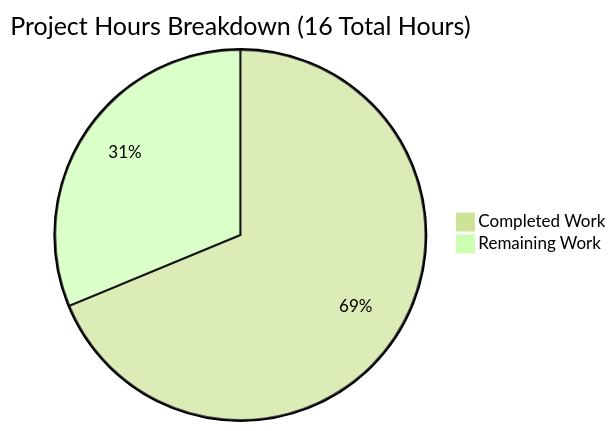
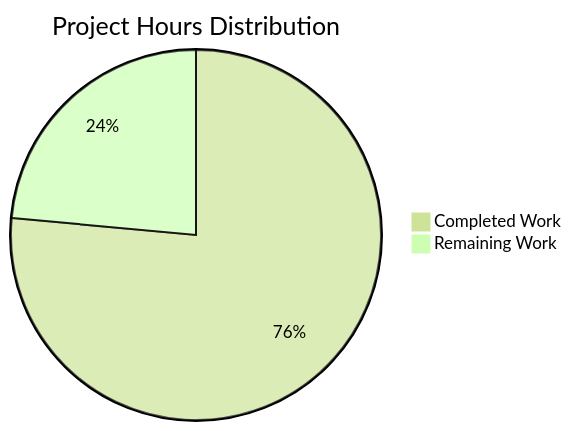
The first of 2 diagrams in blitzy/documentation/Project Guide.md (lakshya-blitzy/hello_world_lakshya_github), drawn with Mermaid (forest theme) before and after one commit. The commit also changed other lines of this file, not shown here.

Commit message:
Adding Blitzy Project Guide: Project Status and Human Tasks Remaining

````diff
--- a/blitzy/documentation/Project Guide.md
+++ b/blitzy/documentation/Project Guide.md
@@ -229,5 +63,5 @@
 ```mermaid
-pie title Project Hours Breakdown (16 Total Hours)
-    "Completed Work" : 11
-    "Remaining Work" : 5
+pie title Project Hours Distribution
+    "Completed Work" : 26
+    "Remaining Work" : 8
 ```
````
